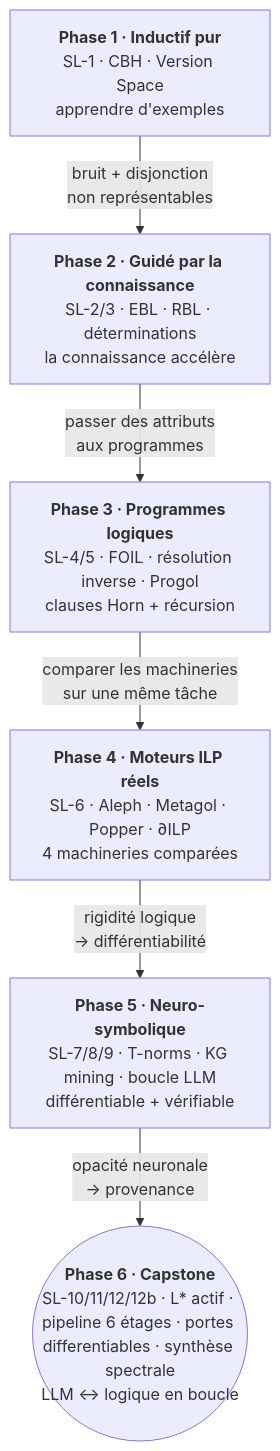
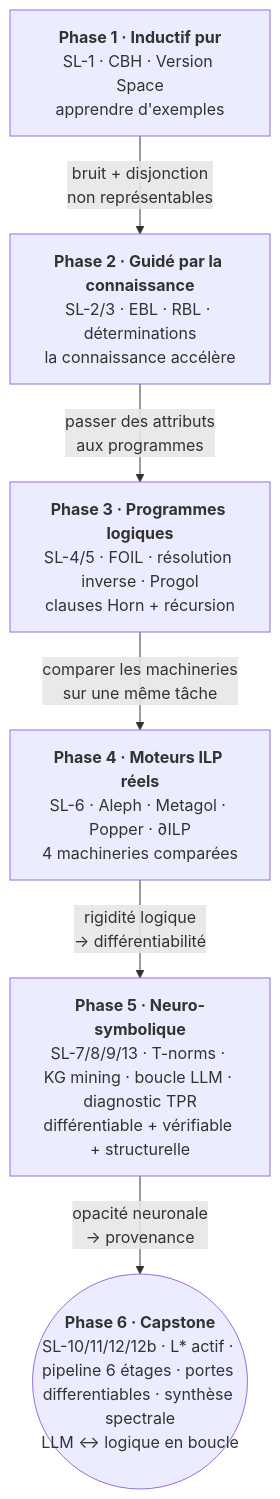
Before and after one commit to jsboige/CoursIA: the diagram in MyIA.AI.Notebooks/SymbolicAI/SymbolicLearning/README.md, drawn with Mermaid. The commit also changed other lines of this file and 3 other files, not shown here.

First line of the commit message:
Add: SL-13 — diagnostic DISCOVER TPR (McCoy et al. 2026) sur tâches symboliques

````diff
--- a/MyIA.AI.Notebooks/SymbolicAI/SymbolicLearning/README.md
+++ b/MyIA.AI.Notebooks/SymbolicAI/SymbolicLearning/README.md
@@ -92,14 +93,14 @@
 ```mermaid
 flowchart TD
     P1["<b>Phase 1 · Inductif pur</b><br/>SL-1 · CBH · Version Space<br/>apprendre d'exemples"]
     P2["<b>Phase 2 · Guidé par la connaissance</b><br/>SL-2/3 · EBL · RBL · déterminations<br/>la connaissance accélère"]
     P3["<b>Phase 3 · Programmes logiques</b><br/>SL-4/5 · FOIL · résolution inverse · Progol<br/>clauses Horn + récursion"]
     P4["<b>Phase 4 · Moteurs ILP réels</b><br/>SL-6 · Aleph · Metagol · Popper · ∂ILP<br/>4 machineries comparées"]
-    P5["<b>Phase 5 · Neuro-symbolique</b><br/>SL-7/8/9 · T-norms · KG mining · boucle LLM<br/>différentiable + vérifiable"]
+    P5["<b>Phase 5 · Neuro-symbolique</b><br/>SL-7/8/9/13 · T-norms · KG mining · boucle LLM · diagnostic TPR<br/>différentiable + vérifiable + structurelle"]
     P6(("<b>Phase 6 · Capstone</b><br/>SL-10/11/12/12b · L* actif · pipeline 6 étages · portes differentiables · synthèse spectrale<br/>LLM ↔ logique en boucle"))
     P1 -->|"bruit + disjonction<br/>non représentables"| P2
     P2 -->|"passer des attributs<br/>aux programmes"| P3
     P3 -->|"comparer les machineries<br/>sur une même tâche"| P4
     P4 -->|"rigidité logique<br/>→ différentiabilité"| P5
     P5 -->|"opacité neuronale<br/>→ provenance"| P6
 ```
````
